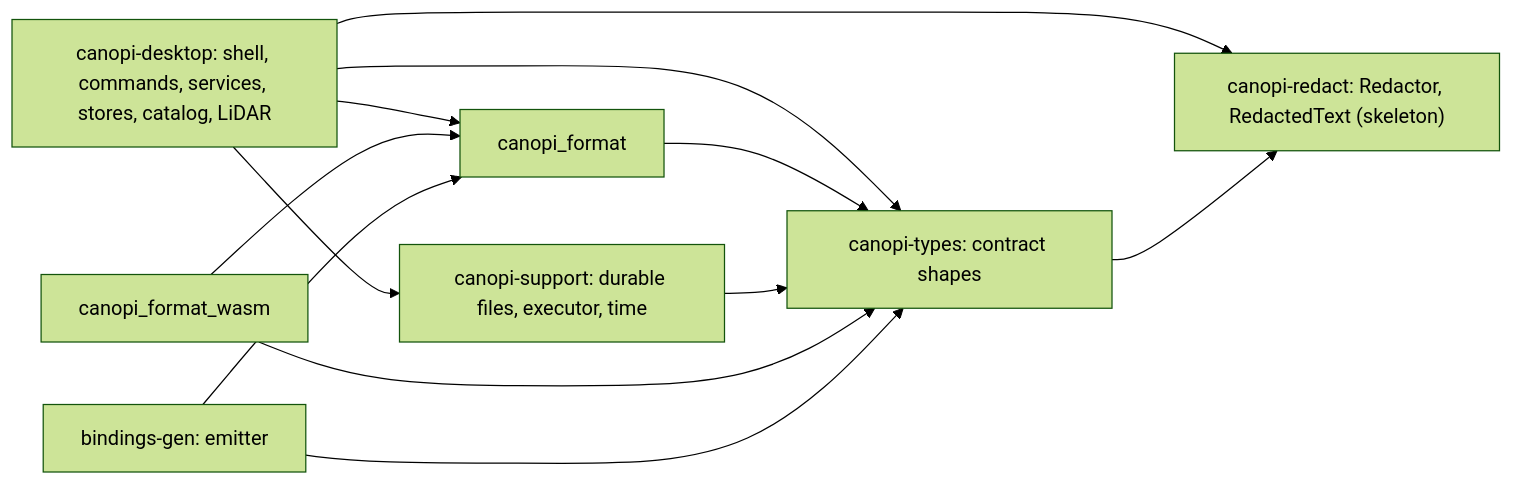
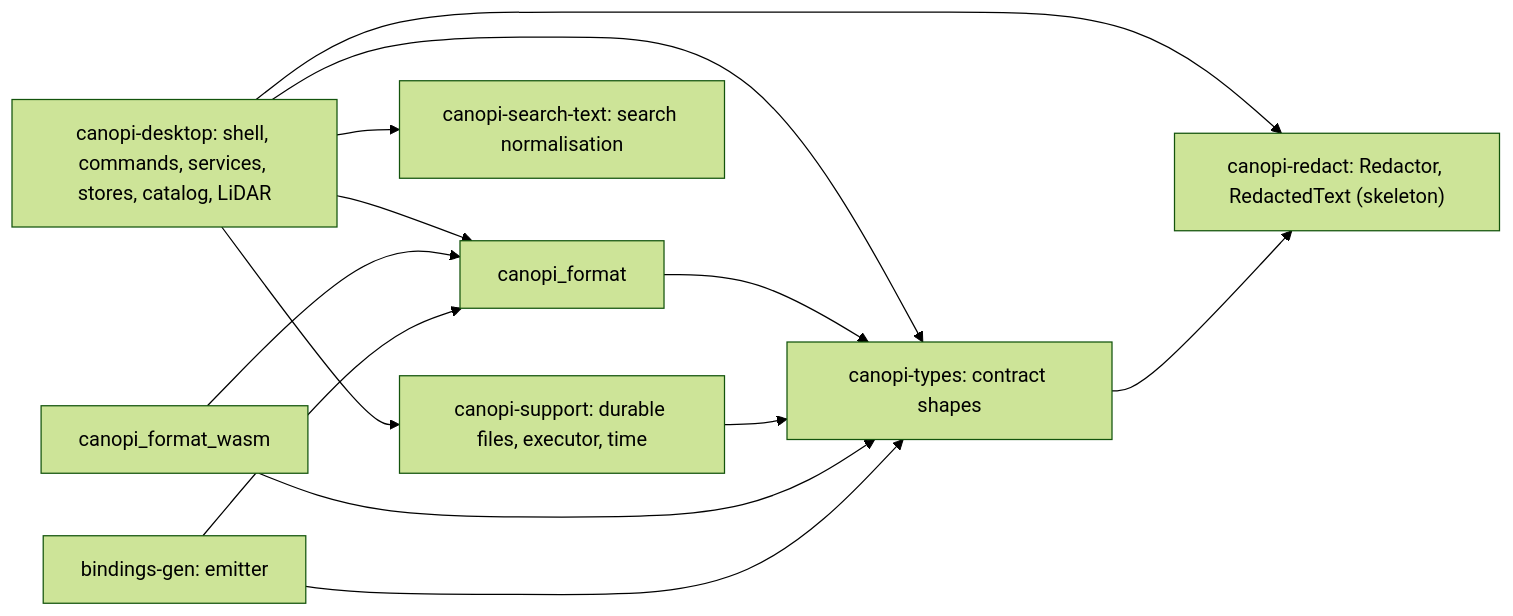
The sixth of 8 diagrams in docs/architecture/components.md (opencanopi/canopi), drawn with Mermaid (forest theme) before and after one commit. The commit also changed other lines of this file and 29 other files, not shown here.

Commit message:
feat(search): add canopi-search-text crate with 2.1-Q51 kana folding and wire desktop (canopi-f47t.52.68)

````diff
--- a/docs/architecture/components.md
+++ b/docs/architecture/components.md
@@ -247,20 +247,22 @@
 ```mermaid
 flowchart LR
   canopi_desktop["canopi-desktop: shell, commands, services, stores, catalog, LiDAR"]
   canopi_types["canopi-types: contract shapes"]
   canopi_redact["canopi-redact: Redactor, RedactedText (skeleton)"]
   canopi_support["canopi-support: durable files, executor, time"]
   canopi_format
+  canopi_search_text["canopi-search-text: search normalisation"]
   bindings_gen["bindings-gen: emitter"]
   canopi_desktop --> canopi_types
   canopi_desktop --> canopi_redact
   canopi_desktop --> canopi_support
   canopi_desktop --> canopi_format
+  canopi_desktop --> canopi_search_text
   canopi_format --> canopi_types
   canopi_support --> canopi_types
   canopi_types --> canopi_redact
   canopi_format_wasm --> canopi_types
   canopi_format_wasm --> canopi_format
   bindings_gen --> canopi_types
   bindings_gen --> canopi_format
 ```
````
